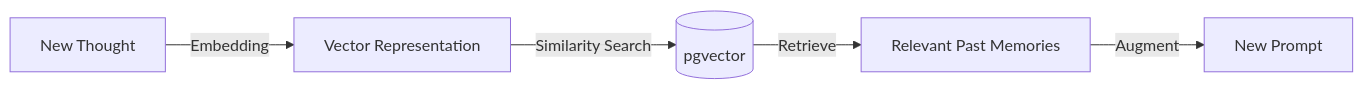
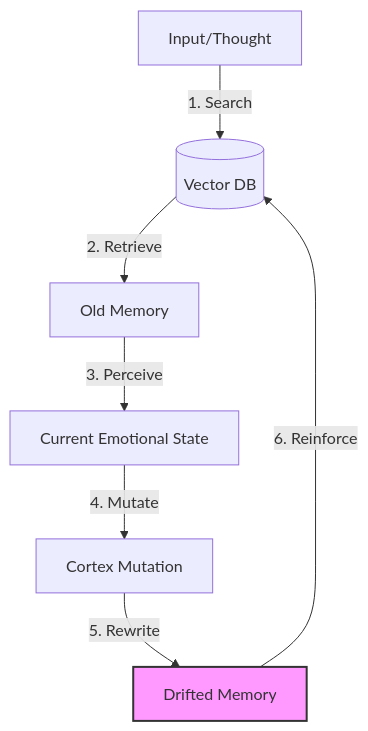
The fourth of 5 diagrams in spec/project_flow.md (madmonyotam/Lumen), drawn with Mermaid before and after one commit. The commit also changed other lines of this file and 6 other files, not shown here.

````diff
--- a/spec/project_flow.md
+++ b/spec/project_flow.md
@@ -92,7 +97,10 @@
 ```mermaid
-graph LR
-    Input[New Thought] -->|Embedding| NativeVector[Vector Representation]
-    NativeVector -->|Similarity Search| DB[(pgvector)]
-    DB -->|Retrieve| Context[Relevant Past Memories]
-    Context -->|Augment| Prompt[New Prompt]
+graph TD
+    Trigger[Input/Thought] -->|1. Search| DB[(Vector DB)]
+    DB -->|2. Retrieve| Memory[Old Memory]
+    Memory -->|3. Perceive| Context[Current Emotional State]
+    Context -->|4. Mutate| Gemini[Cortex Mutation]
+    Gemini -->|5. Rewrite| ModifiedMemory[Drifted Memory]
+    ModifiedMemory -->|6. Reinforce| DB
+    style ModifiedMemory fill:#f9f,stroke:#333,stroke-width:2px
 ```
````
